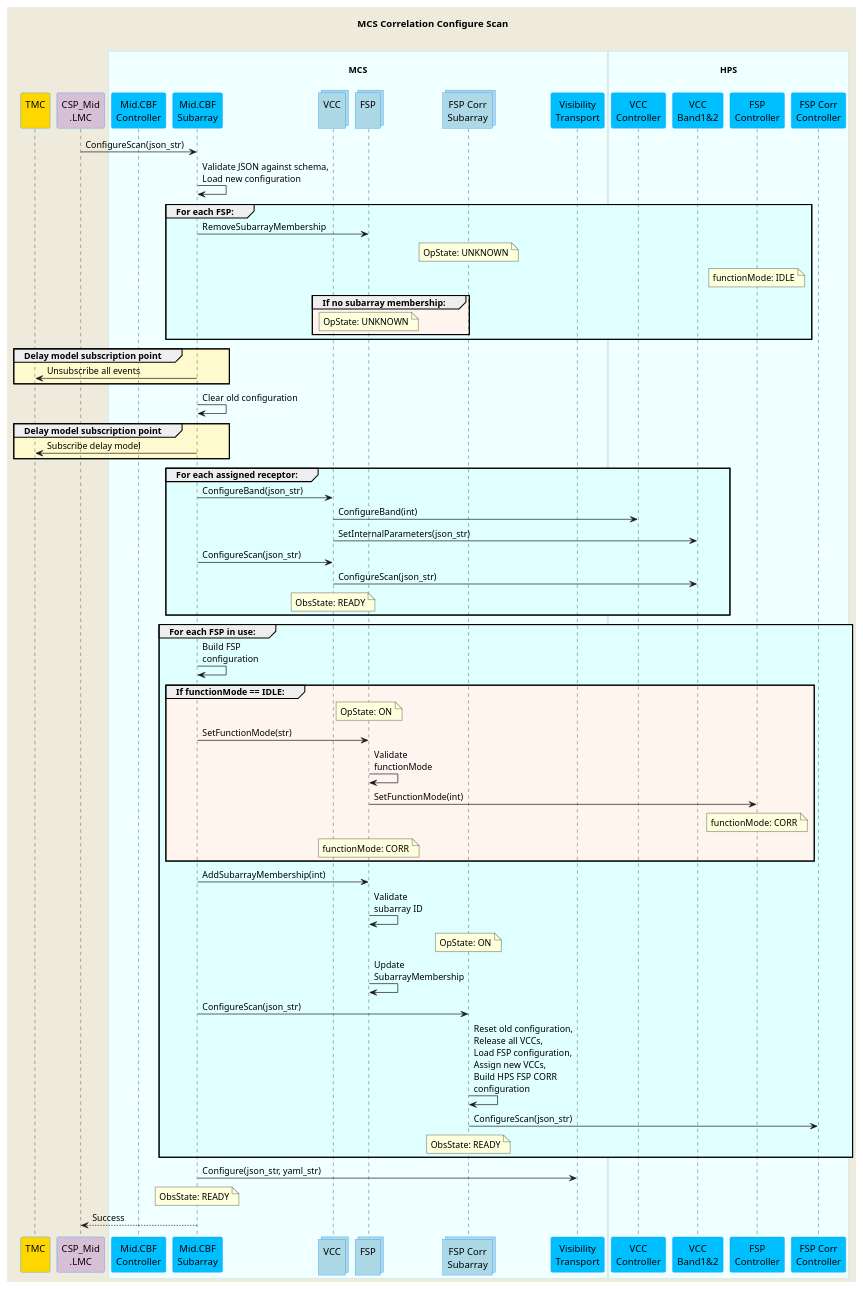
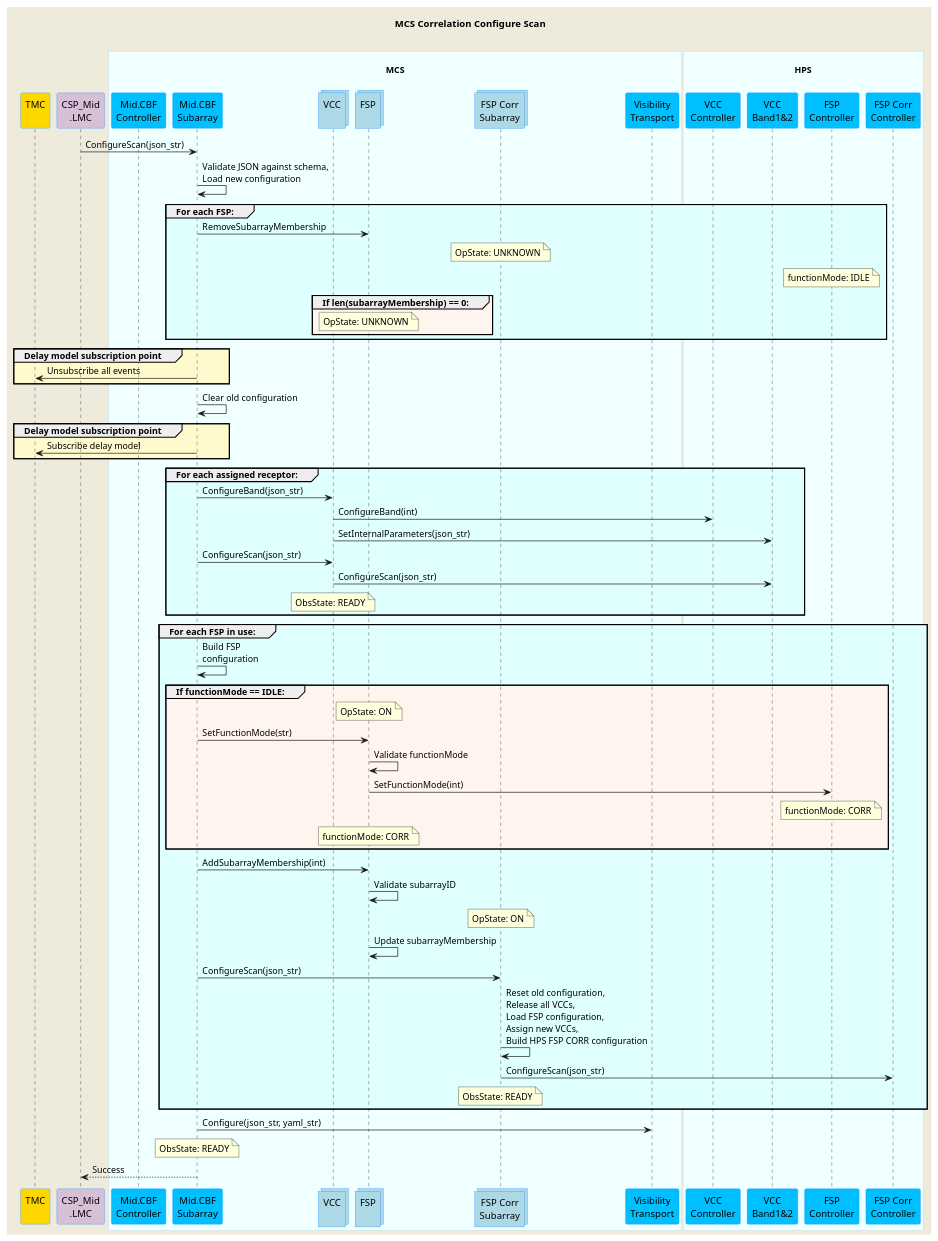
Before and after one commit to ska-telescope/mid-cbf-mcs: the diagram in docs/src/diagrams/configure-corr-scan-mcs.puml, drawn with PlantUML. The commit also changed 11 other files, not shown here.

Commit message:
CIP-2424 sequence diagram consistency tweaks

```diff
--- a/docs/src/diagrams/configure-corr-scan-mcs.puml
+++ b/docs/src/diagrams/configure-corr-scan-mcs.puml
@@ -1,96 +1,96 @@
 @startuml
 'https://plantuml.com/sequence-diagram
 
 skinparam backgroundColor #EEEBDC
 skinparam sequence {
     ParticipantBorderColor DodgerBlue
     ParticipantBackgroundColor DeepSkyBlue
     ActorBorderColor DarkGreen
     ActorBackgroundColor Green
     BoxBorderColor LightBlue
     BoxBackgroundColor #F0FFFF
 }
 skinparam collections {
     BackGroundColor LightBlue
     BorderColor DodgerBlue
 }
 
 title MCS Correlation Configure Scan\n
 
 participant "TMC\n" as tmc #Gold
 participant "CSP_Mid\n.LMC" as lmc #Thistle
 box "\nMCS\n"
     participant "Mid.CBF\nController" as controller
     participant "Mid.CBF\nSubarray" as subarray
     collections "VCC\n" as vcc
     collections "FSP\n" as fsp
     collections "FSP Corr\nSubarray" as fspcorr
     participant "Visibility\nTransport" as vis_trans
 end box
 box "\nHPS\n" 
     participant "VCC\nController" as vcc_cont
     participant "VCC\nBand1&2" as vcc_band
     participant "FSP\nController" as fsp_cont
     participant "FSP Corr\nController" as fspcorr_cont
 end box
 
 lmc         -> subarray     : ConfigureScan(json_str)
 subarray    -> subarray     : Validate JSON against schema,\nLoad new configuration
 
 group #LightCyan For each FSP:
     subarray    -> fsp          : RemoveSubarrayMembership
     note over fspcorr           : OpState: UNKNOWN
     note over fsp_cont          : functionMode: IDLE
-    group #SeaShell If no subarray membership:
+    group #SeaShell If len(subarrayMembership) == 0:
       note over fsp             : OpState: UNKNOWN
     end group
 end group
 
 group #LemonChiffon Delay model subscription point
     subarray    -> tmc          : Unsubscribe all events
 end group
 
 subarray    -> subarray     : Clear old configuration
 
 group #LemonChiffon Delay model subscription point
     subarray    -> tmc          : Subscribe delay model
 end group
 
 group #LightCyan For each assigned receptor:
     subarray    -> vcc          : ConfigureBand(json_str)
     vcc         -> vcc_cont     : ConfigureBand(int)
     vcc         -> vcc_band     : SetInternalParameters(json_str)
     subarray    -> vcc          : ConfigureScan(json_str)
     vcc         -> vcc_band     : ConfigureScan(json_str)
     note over vcc               : ObsState: READY
 end group
 
 group #LightCyan For each FSP in use:
     subarray    -> subarray     : Build FSP\nconfiguration
 
     group #SeaShell If functionMode == IDLE:
         note over fsp               : OpState: ON
         subarray    -> fsp          : SetFunctionMode(str)
-        fsp         -> fsp          : Validate\nfunctionMode
+        fsp         -> fsp          : Validate functionMode
         fsp         -> fsp_cont     : SetFunctionMode(int)
         note over fsp_cont          : functionMode: CORR
         note over fsp               : functionMode: CORR 
     end group
 
     subarray    -> fsp          : AddSubarrayMembership(int)
-    fsp         -> fsp          : Validate\nsubarray ID
+    fsp         -> fsp          : Validate subarrayID
     note over fspcorr           : OpState: ON
-    fsp         -> fsp          : Update\nSubarrayMembership
+    fsp         -> fsp          : Update subarrayMembership
 
     subarray    -> fspcorr      : ConfigureScan(json_str)
-    fspcorr     -> fspcorr      : Reset old configuration,\nRelease all VCCs,\nLoad FSP configuration,\nAssign new VCCs,\nBuild HPS FSP CORR\nconfiguration
+    fspcorr     -> fspcorr      : Reset old configuration,\nRelease all VCCs,\nLoad FSP configuration,\nAssign new VCCs,\nBuild HPS FSP CORR configuration
     fspcorr     -> fspcorr_cont : ConfigureScan(json_str)
     note over fspcorr           : ObsState: READY
 end group
 
 subarray    -> vis_trans    : Configure(json_str, yaml_str)
 
 note over subarray          : ObsState: READY
 lmc        <-- subarray     : Success
 
 @enduml
```
